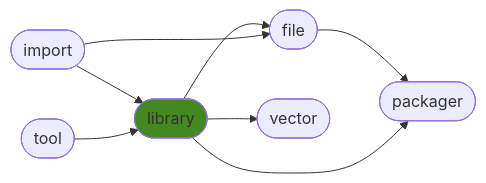
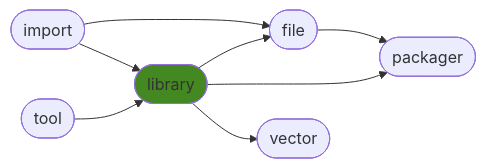
Before and after one commit to ManderaGeneral/generallibrary: the diagram in README.md, drawn with Mermaid. The commit also changed other lines of this file, not shown here.

````diff
--- a/README.md
+++ b/README.md
@@ -24,17 +24,17 @@
 ```mermaid
 flowchart LR
-3([file]) --> 5([packager])
-0([import]) --> 2([library])
+0([import]) --> 3([file])
 2([library]) --> 3([file])
 2([library]) --> 5([packager])
+0([import]) --> 2([library])
+1([tool]) --> 2([library])
+3([file]) --> 5([packager])
 2([library]) --> 4([vector])
-0([import]) --> 3([file])
-1([tool]) --> 2([library])
 click 0 "https://github.com/ManderaGeneral/generalimport"
 click 1 "https://github.com/ManderaGeneral/generaltool"
 click 2 "https://github.com/ManderaGeneral/generallibrary"
 click 3 "https://github.com/ManderaGeneral/generalfile"
 click 4 "https://github.com/ManderaGeneral/generalvector"
 click 5 "https://github.com/ManderaGeneral/generalpackager"
 style 2 fill:#482
 ```
````
